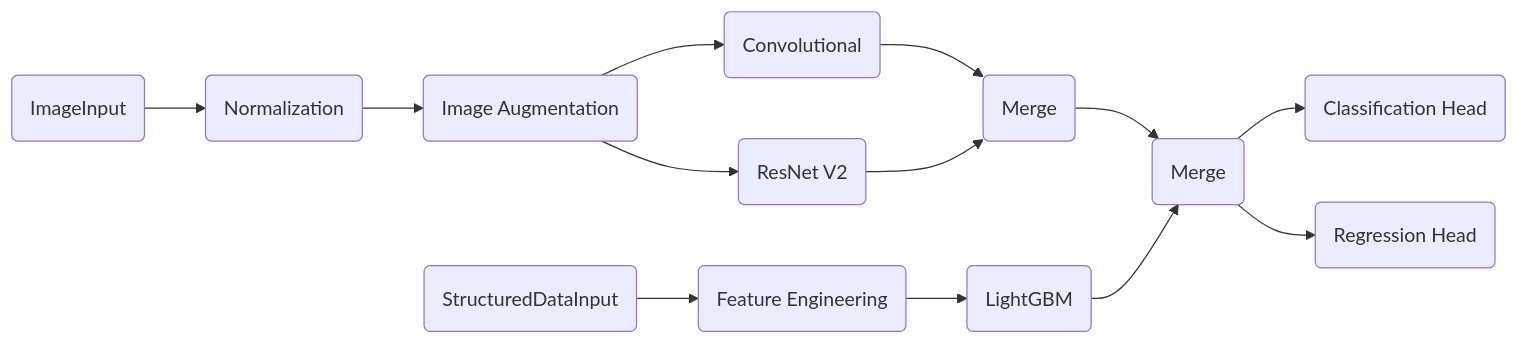
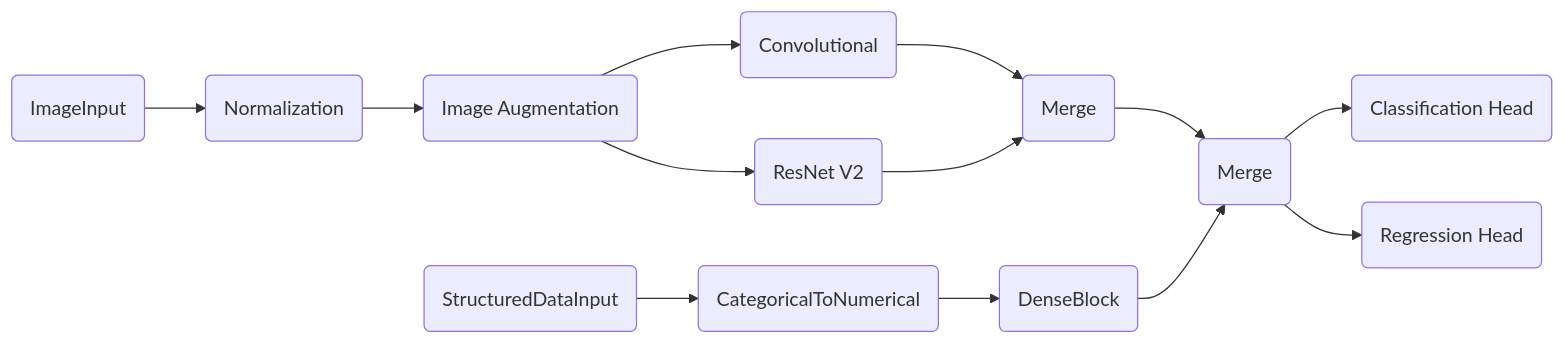
The second of 2 diagrams in docs/templates/tutorial/multi.md (keras-team/autokeras), drawn with Mermaid before and after one commit. The commit also changed other lines of this file and 5 other files, not shown here.

```diff
--- a/docs/templates/tutorial/multi.md
+++ b/docs/templates/tutorial/multi.md
@@ -105,15 +105,15 @@
 <div class="mermaid">
 graph LR
     id1(ImageInput) --> id2(Normalization)
     id2 --> id3(Image Augmentation)
     id3 --> id4(Convolutional)
     id3 --> id5(ResNet V2)
     id4 --> id6(Merge)
     id5 --> id6
-    id7(StructuredDataInput) --> id8(Feature Engineering)
-    id8 --> id9(LightGBM)
+    id7(StructuredDataInput) --> id8(CategoricalToNumerical)
+    id8 --> id9(DenseBlock)
     id6 --> id10(Merge)
     id9 --> id10
     id10 --> id11(Classification Head)
     id10 --> id12(Regression Head)
 </div>
```
